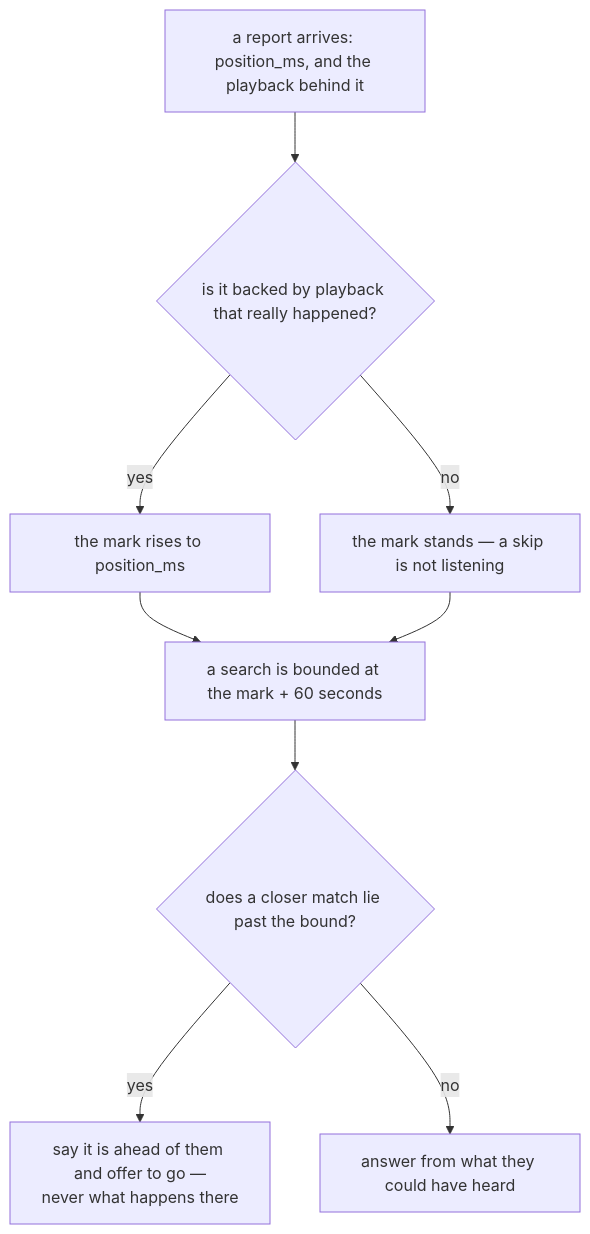
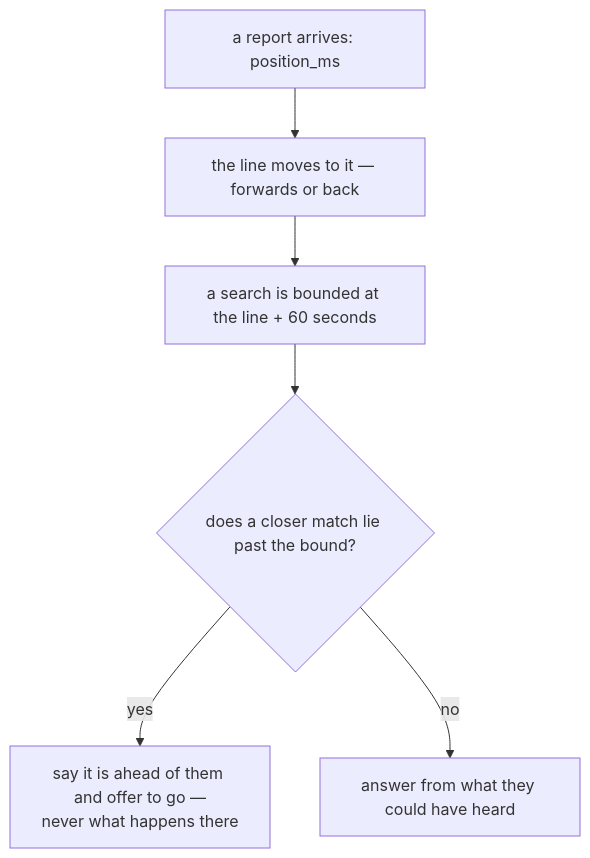
One commit to gilesknap/somnia changed the fifth of 5 diagrams in docs/explanations/architecture.md. Above: the diagram before and after it, drawn with Mermaid. The commit also changed other lines of this file and 23 other files, not shown here.

````diff
--- a/docs/explanations/architecture.md
+++ b/docs/explanations/architecture.md
@@ -327,11 +325,8 @@
 ```mermaid
 flowchart TD
-  R["a report arrives: position_ms, and the playback behind it"] --> C{"is it backed by playback that really happened?"}
-  C -- yes --> U["the mark rises to position_ms"]
-  C -- no --> K["the mark stands — a skip is not listening"]
-  U --> S["a search is bounded at the mark + 60 seconds"]
-  K --> S
+  R["a report arrives: position_ms"] --> U["the line moves to it — forwards or back"]
+  U --> S["a search is bounded at the line + 60 seconds"]
   S --> Q{"does a closer match lie past the bound?"}
   Q -- yes --> O["say it is ahead of them and offer to go —<br>never what happens there"]
   Q -- no --> A["answer from what they could have heard"]
 ```
````
